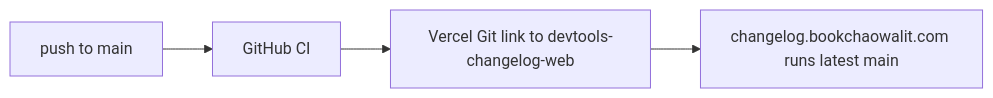
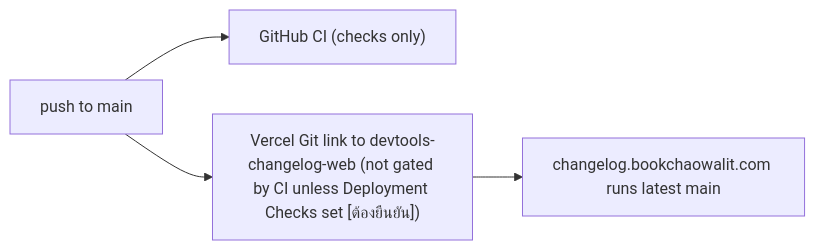
Before and after one commit to bookchaowalit-website/devtools-changelog-web: the second of 2 diagrams in docs/diagrams/01-business-process.md, drawn with Mermaid. The commit also changed other lines of this file, not shown here.

````diff
--- a/docs/diagrams/01-business-process.md
+++ b/docs/diagrams/01-business-process.md
@@ -45,6 +49,6 @@
 ```mermaid
 flowchart LR
-  PUSH["push to main"] --> CI["GitHub CI"]
-  CI --> GIT["Vercel Git link to devtools-changelog-web"]
+  PUSH["push to main"] --> CI["GitHub CI (checks only)"]
+  PUSH --> GIT["Vercel Git link to devtools-changelog-web (not gated by CI unless Deployment Checks set [ต้องยืนยัน])"]
   GIT --> LIVE["changelog.bookchaowalit.com runs latest main"]
 ```
````
